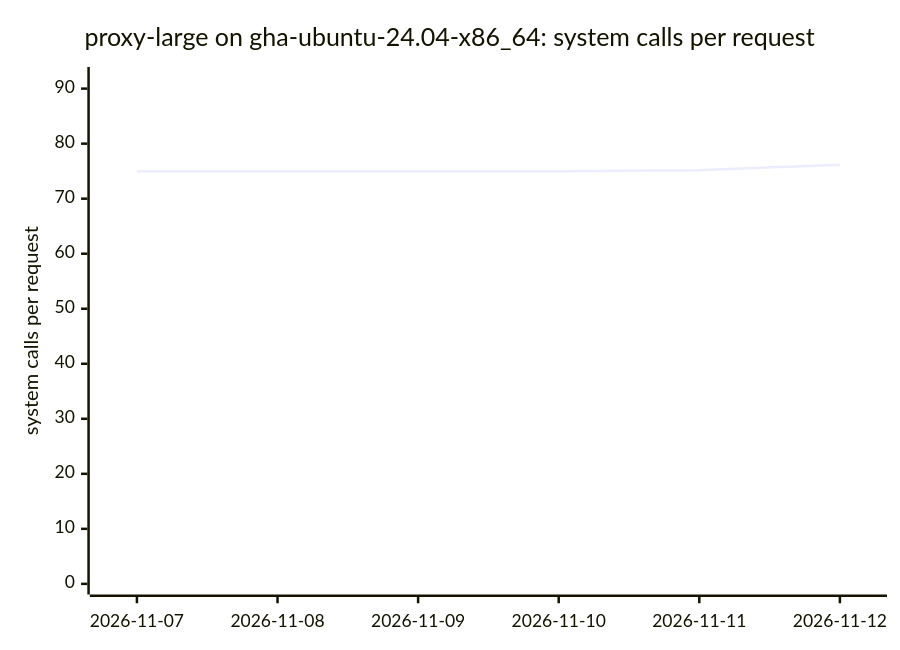
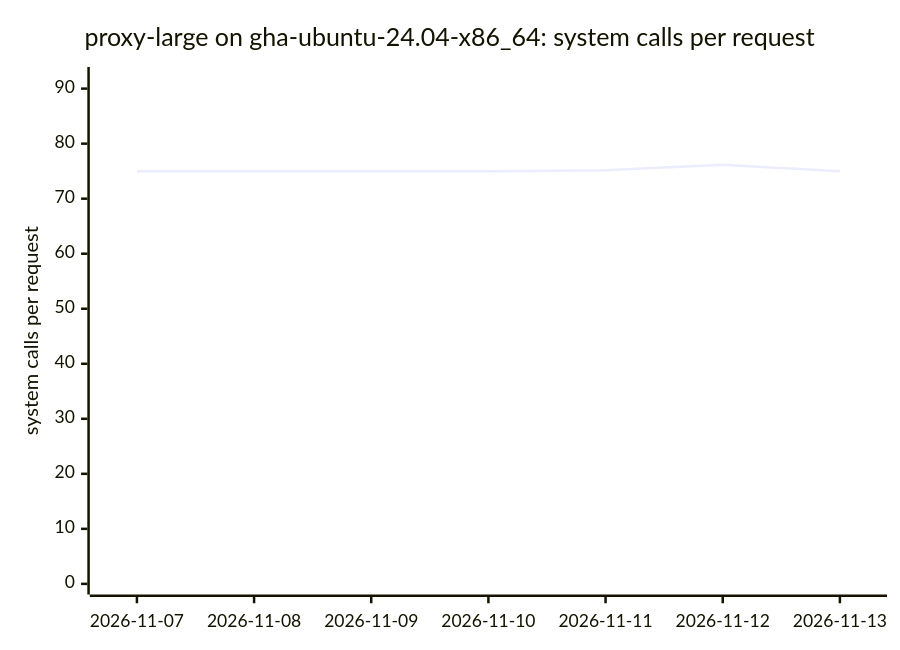
Before and after one commit to ThePixelPilgrim/durchlauferhitzer: diagram 15 of 18 in BENCHMARKS.md, drawn with Mermaid. The commit also changed other lines of this file and 1 other file, not shown here.

````diff
--- a/BENCHMARKS.md
+++ b/BENCHMARKS.md
@@ -168,7 +168,7 @@
 ```mermaid
 xychart-beta
   title "proxy-large on gha-ubuntu-24.04-x86_64: system calls per request"
-  x-axis ["2026-11-07", "2026-11-08", "2026-11-09", "2026-11-10", "2026-11-11", "2026-11-12"]
+  x-axis ["2026-11-07", "2026-11-08", "2026-11-09", "2026-11-10", "2026-11-11", "2026-11-12", "2026-11-13"]
   y-axis "system calls per request" 0 --> 92
-  line [74.97, 74.98, 74.98, 74.97, 75.19, 76.18]
+  line [74.97, 74.98, 74.98, 74.97, 75.19, 76.18, 74.97]
 ```
````
